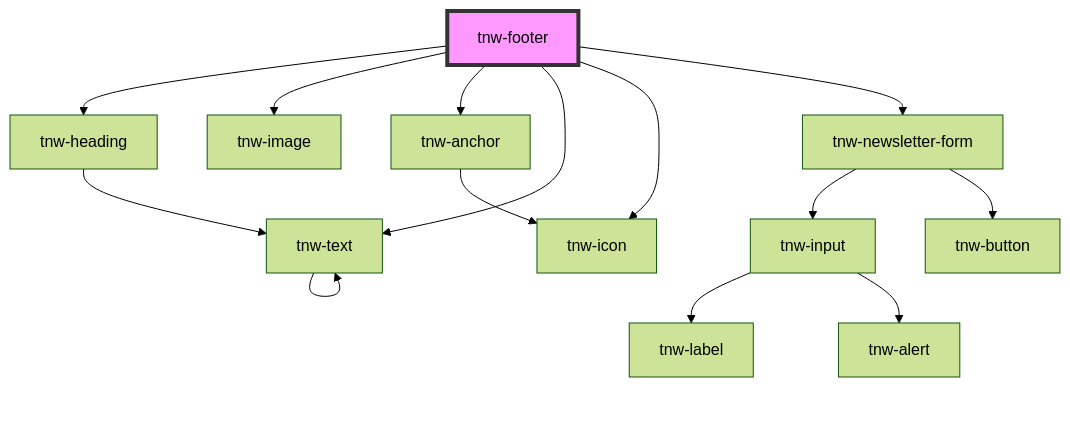
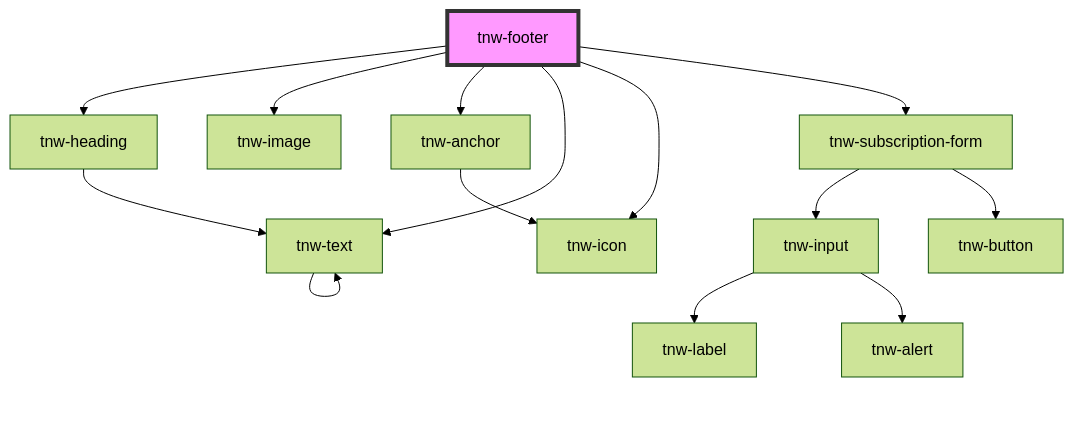
Before and after one commit to technway/technway-component-library: the diagram in packages/stencil-library/src/components/tnw-footer/readme.md, drawn with Mermaid (forest theme). The commit also changed other lines of this file and 47 other files, not shown here.

First line of the commit message:
refactor: rename tnw-newsletter-form to tnw-subscription-form

````diff
--- a/packages/stencil-library/src/components/tnw-footer/readme.md
+++ b/packages/stencil-library/src/components/tnw-footer/readme.md
@@ -73,17 +73,17 @@
 ```mermaid
 graph TD;
   tnw-footer --> tnw-heading
   tnw-footer --> tnw-image
   tnw-footer --> tnw-anchor
   tnw-footer --> tnw-text
   tnw-footer --> tnw-icon
-  tnw-footer --> tnw-newsletter-form
+  tnw-footer --> tnw-subscription-form
   tnw-heading --> tnw-text
   tnw-text --> tnw-text
   tnw-anchor --> tnw-icon
-  tnw-newsletter-form --> tnw-input
-  tnw-newsletter-form --> tnw-button
+  tnw-subscription-form --> tnw-input
+  tnw-subscription-form --> tnw-button
   tnw-input --> tnw-label
   tnw-input --> tnw-alert
   style tnw-footer fill:#f9f,stroke:#333,stroke-width:4px
 ```
````
